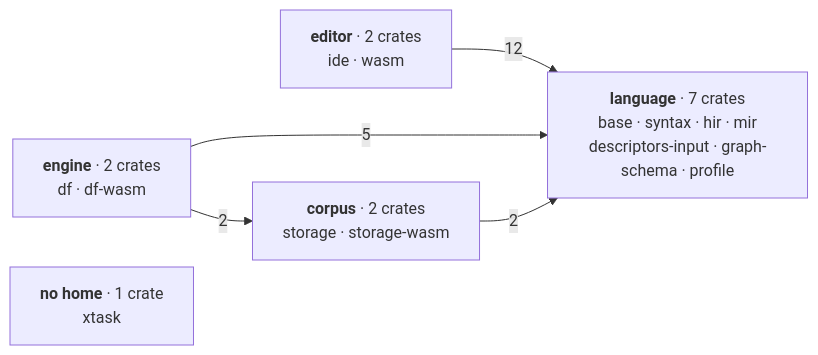
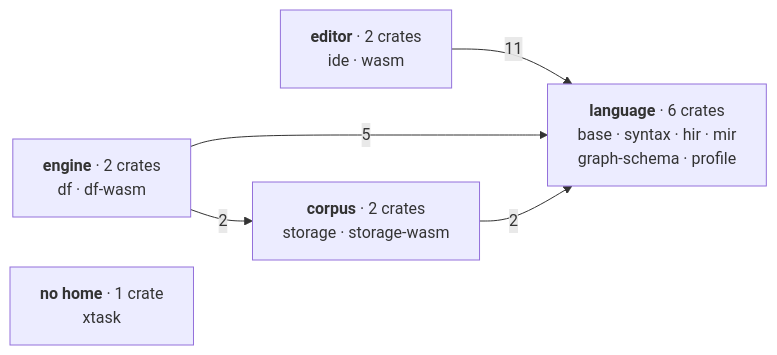
The diagram in docs/content/docs/(root)/architecture.mdx (Kanzo-Tech/fossil-lang), drawn with Mermaid before and after one commit. The commit also changed other lines of this file and 24 other files, not shown here.

First line of the commit message:
A source's columns are fossil_base::sources', and descriptors-input goes

````diff
--- a/docs/content/docs/(root)/architecture.mdx
+++ b/docs/content/docs/(root)/architecture.mdx
@@ -92,13 +92,13 @@
 ```mermaid
 graph LR
-  L["<b>language</b> · 7 crates<br/>base · syntax · hir · mir<br/>descriptors-input · graph-schema · profile"]
+  L["<b>language</b> · 6 crates<br/>base · syntax · hir · mir<br/>graph-schema · profile"]
   E["<b>editor</b> · 2 crates<br/>ide · wasm"]
   M["<b>engine</b> · 2 crates<br/>df · df-wasm"]
   C["<b>corpus</b> · 2 crates<br/>storage · storage-wasm"]
   X["<b>no home</b> · 1 crate<br/>xtask"]
 
-  E -->|12| L
+  E -->|11| L
   M -->|5| L
   M -->|2| C
   C -->|2| L
 ```
````
